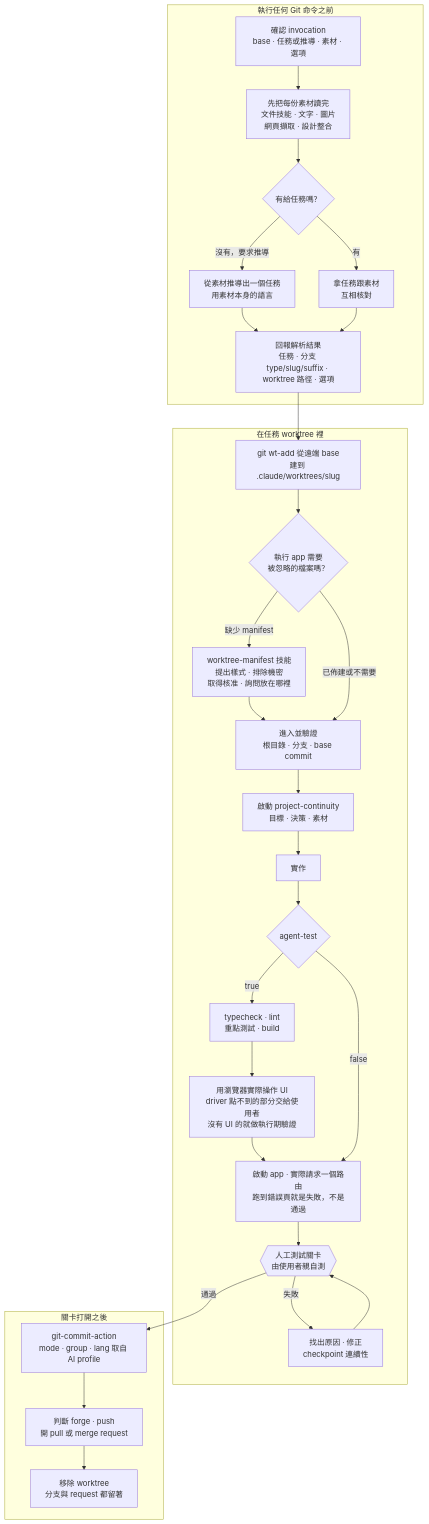
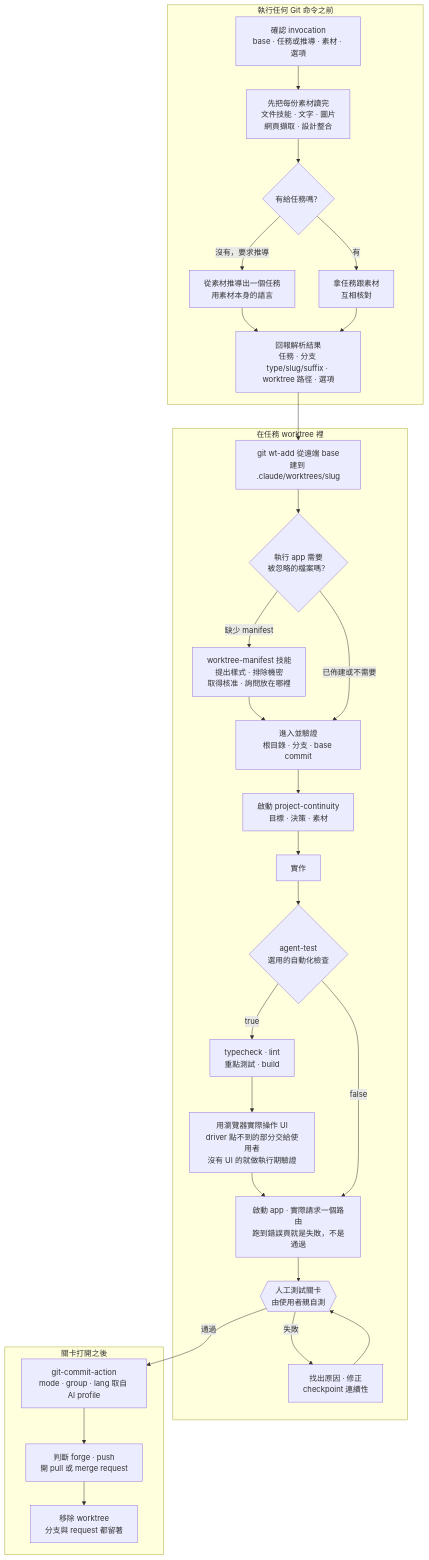
The second of 3 diagrams in README.zh-TW.md (sherrilla71940/dotfiles), drawn with Mermaid before and after one commit. The commit also changed other lines of this file and 1 other file, not shown here.

````diff
--- a/README.zh-TW.md
+++ b/README.zh-TW.md
@@ -236,52 +251,52 @@
 ```mermaid
 flowchart TD
     subgraph resolve["執行任何 Git 命令之前"]
         A["確認 invocation<br/>base · 任務或推導 · 素材 · 選項"]
         B["先把每份素材讀完<br/>文件技能 · 文字 · 圖片<br/>網頁擷取 · 設計整合"]
         C{"有給任務嗎？"}
         D["從素材推導出一個任務<br/>用素材本身的語言"]
         E["拿任務跟素材<br/>互相核對"]
         F["回報解析結果<br/>任務 · 分支 type/slug/suffix · worktree 路徑 · 選項"]
         A --> B --> C
         C -->|"沒有，要求推導"| D
         C -->|"有"| E
         D --> F
         E --> F
     end
 
     subgraph isolate["在任務 worktree 裡"]
         G["git wt-add 從遠端 base<br/>建到 .claude/worktrees/slug"]
         H{"執行 app 需要<br/>被忽略的檔案嗎？"}
         I["worktree-manifest 技能<br/>提出樣式 · 排除機密<br/>取得核准 · 詢問放在哪裡"]
         J["進入並驗證<br/>根目錄 · 分支 · base commit"]
         K["啟動 project-continuity<br/>目標 · 決策 · 素材"]
         L["實作"]
-        M{"agent-test"}
+        M{"agent-test<br/>選用的自動化檢查"}
         N["typecheck · lint<br/>重點測試 · build"]
         N2["用瀏覽器實際操作 UI<br/>driver 點不到的部分交給使用者<br/>沒有 UI 的就做執行期驗證"]
         N3["啟動 app · 實際請求一個路由<br/>跑到錯誤頁就是失敗，不是通過"]
         O{{"人工測試關卡<br/>由使用者親自測"}}
         P["找出原因 · 修正<br/>checkpoint 連續性"]
         G --> H
         H -->|"缺少 manifest"| I
         I --> J
         H -->|"已佈建或不需要"| J
         J --> K --> L --> M
         M -->|"true"| N
         N --> N2 --> N3
         M -->|"false"| N3
         N3 --> O
         O -->|"失敗"| P
         P --> O
     end
 
     subgraph publish["關卡打開之後"]
         Q["git-commit-action<br/>mode · group · lang 取自 AI profile"]
         R["判斷 forge · push<br/>開 pull 或 merge request"]
         S["移除 worktree<br/>分支與 request 都留著"]
         Q --> R --> S
     end
 
     F --> G
     O -->|"通過"| Q
 ```
````
